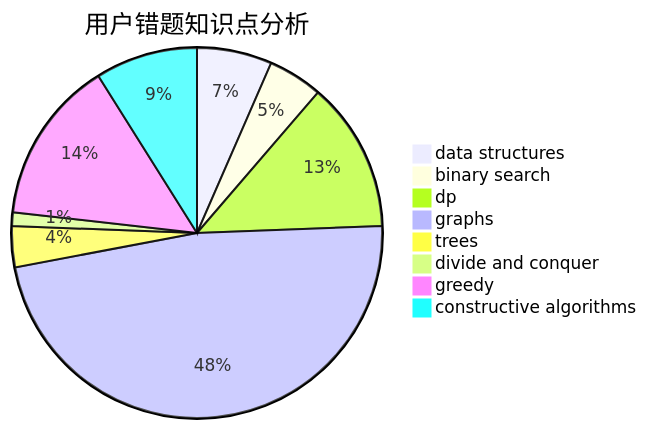
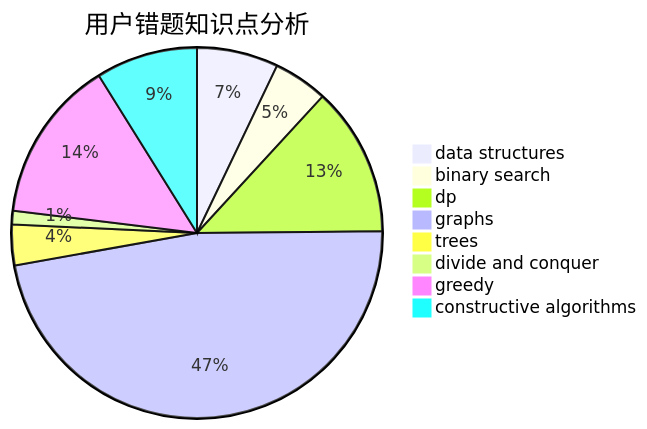
One commit to sherpahu/cfrs.github.io changed the third of 3 diagrams in docs/user/u2193.md. Above: the diagram before and after it, drawn with Mermaid. The commit also changed other lines of this file and 2770 other files, not shown here.

````diff
--- a/docs/user/u2193.md
+++ b/docs/user/u2193.md
@@ -36,11 +36,11 @@
 ```mermaid
 pie title 用户错题知识点分析
-    "data structures" :  11
+    "data structures" :  12
     "binary search" :  8
     "dp" :  22
     "graphs" :  80
     "trees" :  6
     "divide and conquer" :  2
     "greedy" :  24
     "constructive algorithms" :  15
 ```
````
